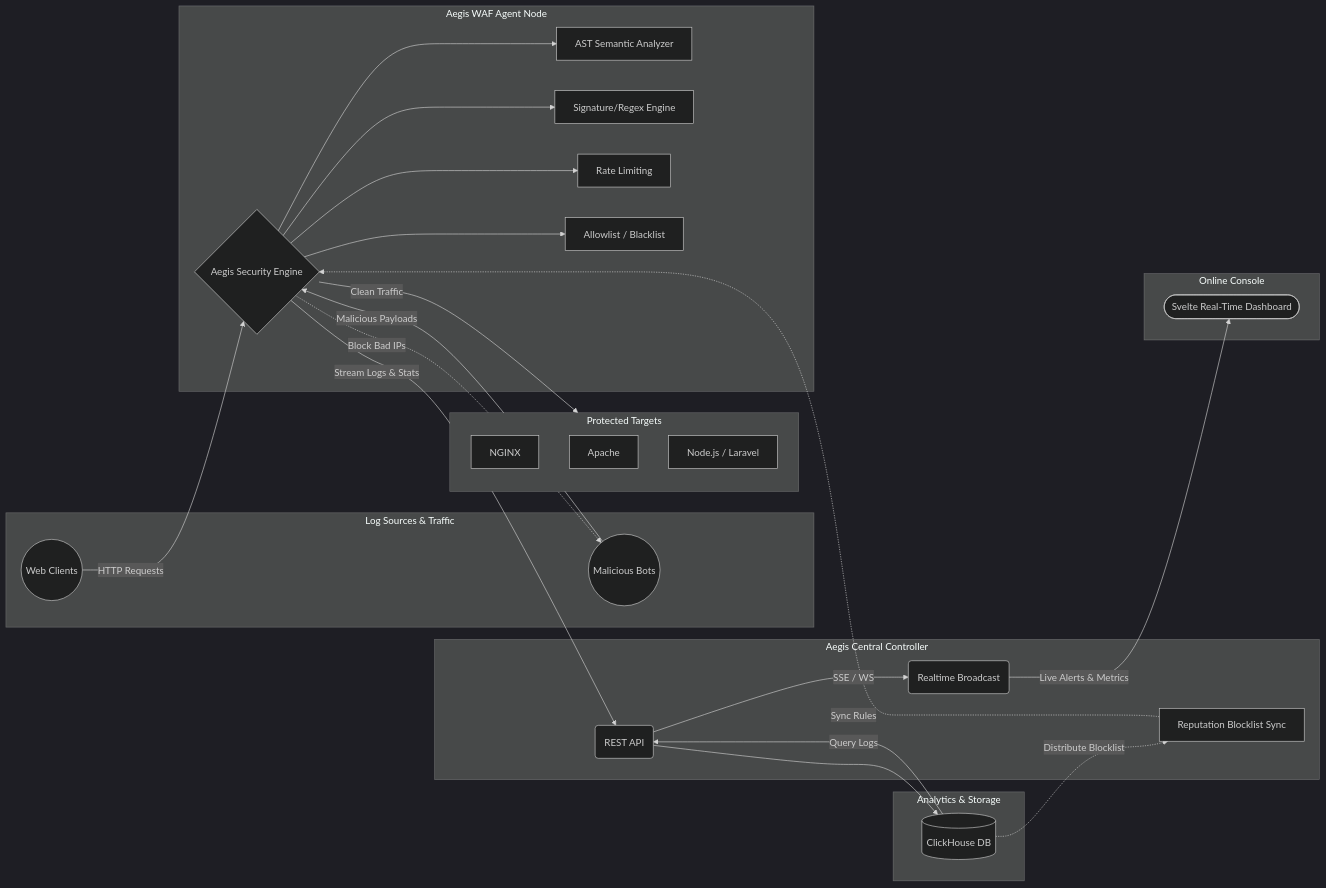
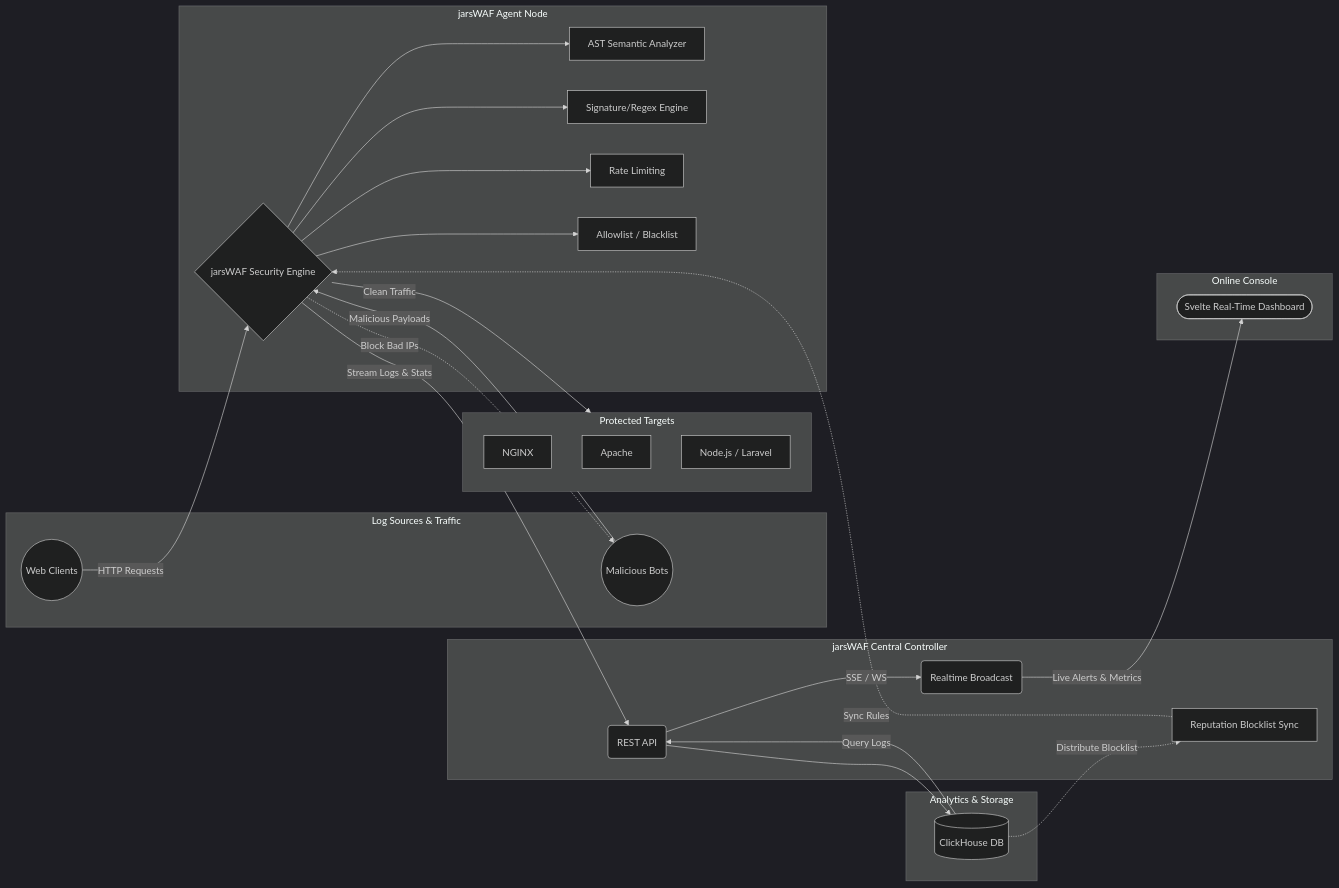
The diagram in README.md (Azhar457/jarswaf), drawn with Mermaid (dark theme) before and after one commit. The commit also changed other lines of this file and 70 other files, not shown here.

Commit message:
feat: rebrand project to jarsWAF and implement complete controller backend with modular handlers

````diff
--- a/README.md
+++ b/README.md
@@ -32,62 +32,62 @@
 ```mermaid
 flowchart LR
     %% Clients & Sources
     subgraph Sources ["Log Sources & Traffic"]
         Clients(("Web Clients"))
         Bots(("Malicious Bots"))
     end
 
     %% WAF Agent
-    subgraph Agent ["Aegis WAF Agent Node"]
-        WAF_Engine{"Aegis Security Engine"}
+    subgraph Agent ["jarsWAF Agent Node"]
+        WAF_Engine{"jarsWAF Security Engine"}
         AST["AST Semantic Analyzer"]
         Regex["Signature/Regex Engine"]
         RateLimit["Rate Limiting"]
         ACL["Allowlist / Blacklist"]
         WAF_Engine --> AST
         WAF_Engine --> Regex
         WAF_Engine --> RateLimit
         WAF_Engine --> ACL
     end
 
     %% Web Servers
     subgraph Targets ["Protected Targets"]
         Nginx["NGINX"]
         Apache["Apache"]
         NodeJS["Node.js / Laravel"]
     end
 
     %% Central Brain
-    subgraph Central ["Aegis Central Controller"]
+    subgraph Central ["jarsWAF Central Controller"]
         API("REST API")
         WebSocket("Realtime Broadcast")
         Reputation["Reputation Blocklist Sync"]
     end
 
     %% Analytics
     subgraph Data ["Analytics & Storage"]
         ClickHouse[("ClickHouse DB")]
     end
 
     %% Dashboard
     subgraph UI ["Online Console"]
         Dashboard(["Svelte Real-Time Dashboard"])
     end
 
     %% Connections
     Clients -- "HTTP Requests" --> WAF_Engine
     Bots -- "Malicious Payloads" --> WAF_Engine
 
     WAF_Engine -- "Clean Traffic" --> Targets
     WAF_Engine -. "Block Bad IPs" .-> Bots
 
     WAF_Engine -- "Stream Logs & Stats" --> API
     API --> ClickHouse
 
     ClickHouse -. "Distribute Blocklist" .-> Reputation
     Reputation -. "Sync Rules" .-> WAF_Engine
 
     ClickHouse -- "Query Logs" --> API
     API -- "SSE / WS" --> WebSocket
     WebSocket -- "Live Alerts & Metrics" --> Dashboard
 ```
````
